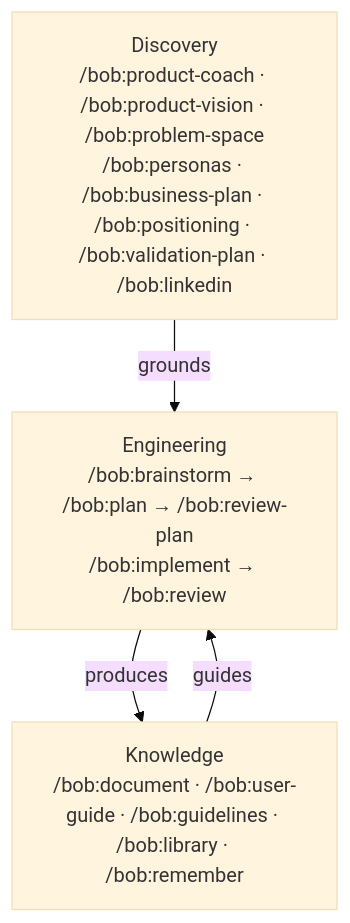
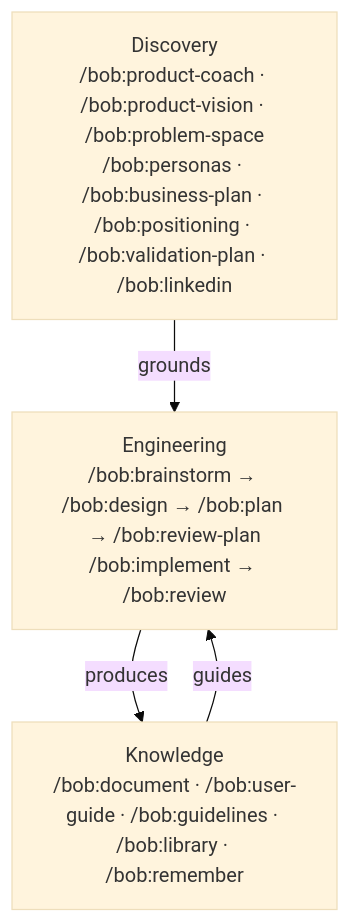
One commit to bofrese/bob changed the diagram in README.md. Above: the diagram before and after it, drawn with Mermaid (base theme). The commit also changed other lines of this file and 14 other files, not shown here.

First line of the commit message:
BOB-008 Step 1: Design vertical slice

````diff
--- a/README.md
+++ b/README.md
@@ -56,10 +56,10 @@
 ```mermaid
 graph TD
     D["Discovery<br/>/bob:product-coach · /bob:product-vision · /bob:problem-space<br/>/bob:personas · /bob:business-plan · /bob:positioning · /bob:validation-plan · /bob:linkedin"]
-    E["Engineering<br/>/bob:brainstorm → /bob:plan → /bob:review-plan<br/>/bob:implement → /bob:review"]
+    E["Engineering<br/>/bob:brainstorm → /bob:design → /bob:plan → /bob:review-plan<br/>/bob:implement → /bob:review"]
     K["Knowledge<br/>/bob:document · /bob:user-guide · /bob:guidelines · /bob:library · /bob:remember"]
 
     D -->|grounds| E
     E -->|produces| K
     K -->|guides| E
 ```
````
